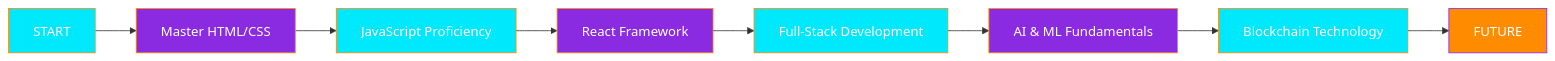
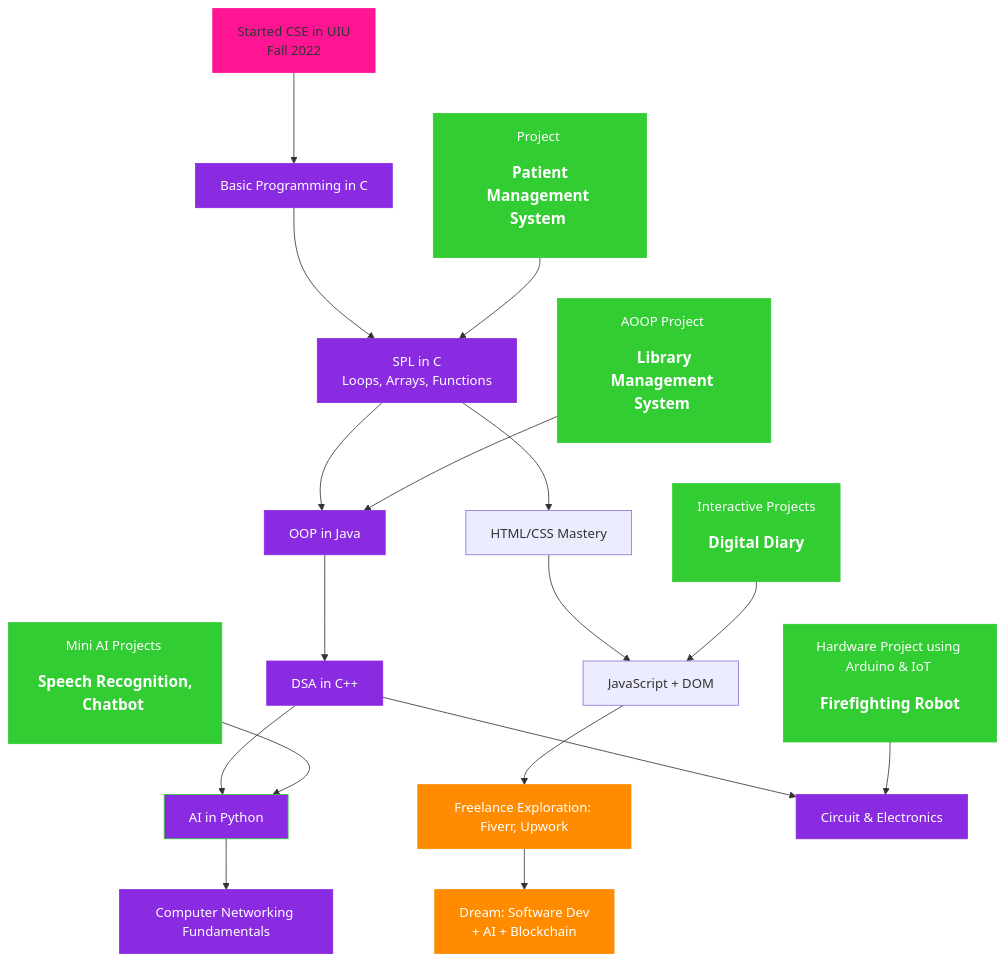
One commit to Tanim487/Tanim487 changed the diagram in README.md. Above: the diagram before and after it, drawn with Mermaid. The commit also changed other lines of this file, not shown here.

````diff
--- a/README.md
+++ b/README.md
@@ -184,18 +201,52 @@
 ```mermaid
-graph LR
-    A[START] --> B[Master HTML/CSS]
-    B --> C[JavaScript Proficiency]
-    C --> D[React Framework]
-    D --> E[Full-Stack Development]
-    E --> F[AI & ML Fundamentals]
-    F --> G[Blockchain Technology]
-    G --> H[FUTURE]
-    style A fill:#00E8FC,stroke:#FF8C00,color:#FFFFFF
-    style B fill:#8A2BE2,stroke:#FF8C00,color:#FFFFFF
-    style C fill:#00E8FC,stroke:#FF8C00,color:#FFFFFF
-    style D fill:#8A2BE2,stroke:#FF8C00,color:#FFFFFF
-    style E fill:#00E8FC,stroke:#FF8C00,color:#FFFFFF
-    style F fill:#8A2BE2,stroke:#FF8C00,color:#FFFFFF
-    style G fill:#00E8FC,stroke:#FF8C00,color:#FFFFFF
-    style H fill:#FF8C00,stroke:#8A2BE2,color:#FFFFFF
+graph TD
+    A[Started CSE in UIU <br> Fall 2022] --> B[Basic Programming in C]
+    B --> C[SPL in C <br> Loops, Arrays, Functions]
+
+    C --> E[OOP in Java]
+    C --> F[HTML/CSS Mastery]
+    F --> H[JavaScript + DOM]
+    H --> P
+
+    E --> G[DSA in C++]
+    G --> J[AI in Python]
+    J --> N[Computer Networking Fundamentals]
+    G --> O[Circuit & Electronics]
+    
+    %% Projects (Green)
+    D[Project <br><h3> Patient Management System </h3>] --> C
+    F1[AOOP Project <br><h3> Library Management System </h3>] --> E
+    I[Interactive Projects <br><h3> Digital Diary </h3>] --> H
+    L[Mini AI Projects <br><h3> Speech Recognition, Chatbot </h3>] --> J
+    M[Hardware Project using Arduino & IoT <br><h3> Firefighting Robot </h3>] --> O
+
+    %% Freelance & Dream (Orange)
+    P[Freelance Exploration: Fiverr, Upwork] --> Q
+    Q[Dream: Software Dev <br> + AI + Blockchain]
+
+    %% Color Styles
+    style A fill:#FF1493,stroke:#FF1493,color:#FFFFFF  %% Unique color for Start
+
+    %% Academic Courses (Blue)
+    style B fill:#8A2BE2,stroke:#8A2BE2,color:#FFFFFF
+    style C fill:#8A2BE2,stroke:#8A2BE2,color:#FFFFFF
+    style E fill:#8A2BE2,stroke:#8A2BE2,color:#FFFFFF
+    style G fill:#8A2BE2,stroke:#8A2BE2,color:#FFFFFF
+    style N fill:#8A2BE2,stroke:#8A2BE2,color:#FFFFFF
+    style O fill:#8A2BE2,stroke:#8A2BE2,color:#FFFFFF
+    style J fill:#8A2BE2,stroke:#32CD32,color:#FFFFFF
+
+    %% Projects (Green)
+    style F1 fill:#32CD32,stroke:#32CD32,color:#FFFFFF
+    style D fill:#32CD32,stroke:#32CD32,color:#FFFFFF
+    style I fill:#32CD32,stroke:#32CD32,color:#FFFFFF
+    style L fill:#32CD32,stroke:#32CD32,color:#FFFFFF
+    style M fill:#32CD32,stroke:#32CD32,color:#FFFFFF
+
+
+    %% Freelance & Dream (Orange)
+    style P fill:#FF8C00,stroke:#FF8C00,color:#FFFFFF
+    style Q fill:#FF8C00,stroke:#FF8C00,color:#FFFFFF
+
+
 ```
````
